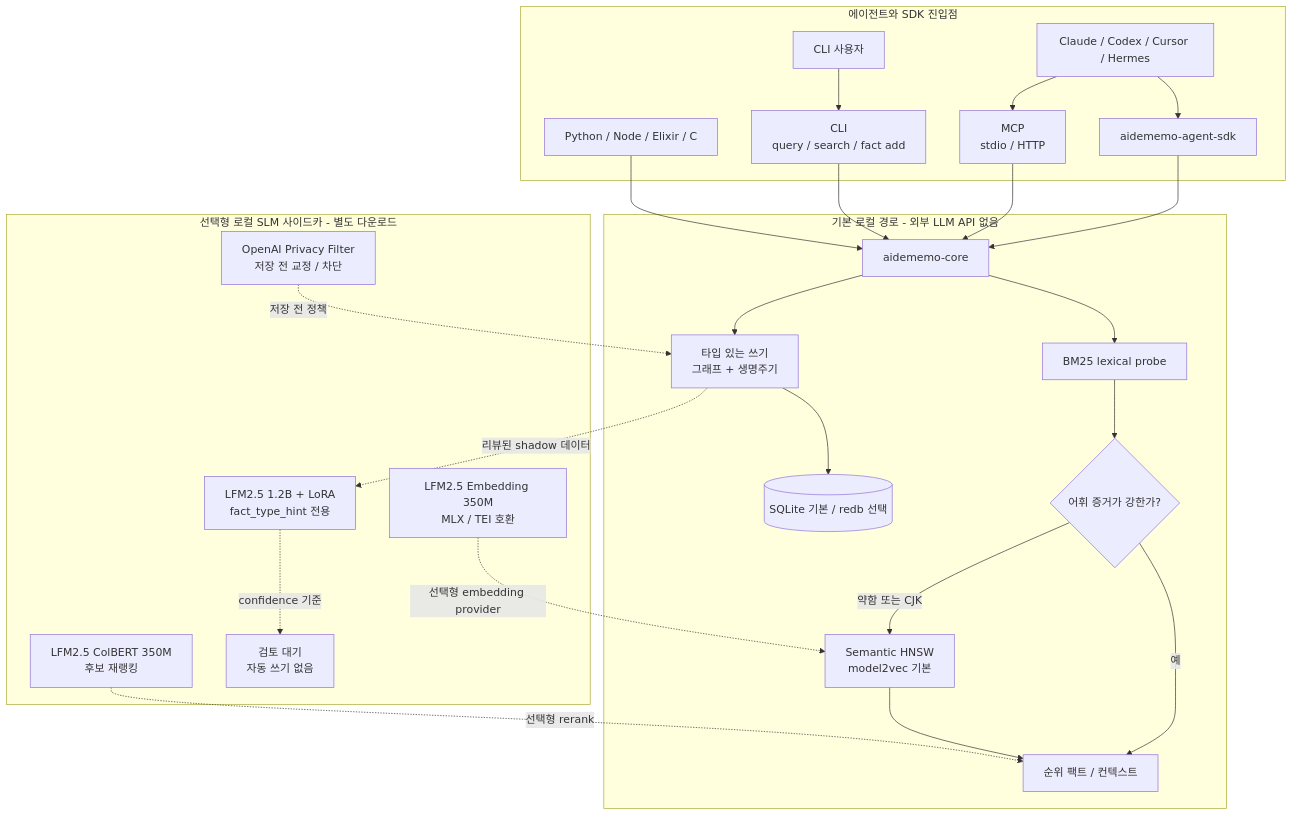
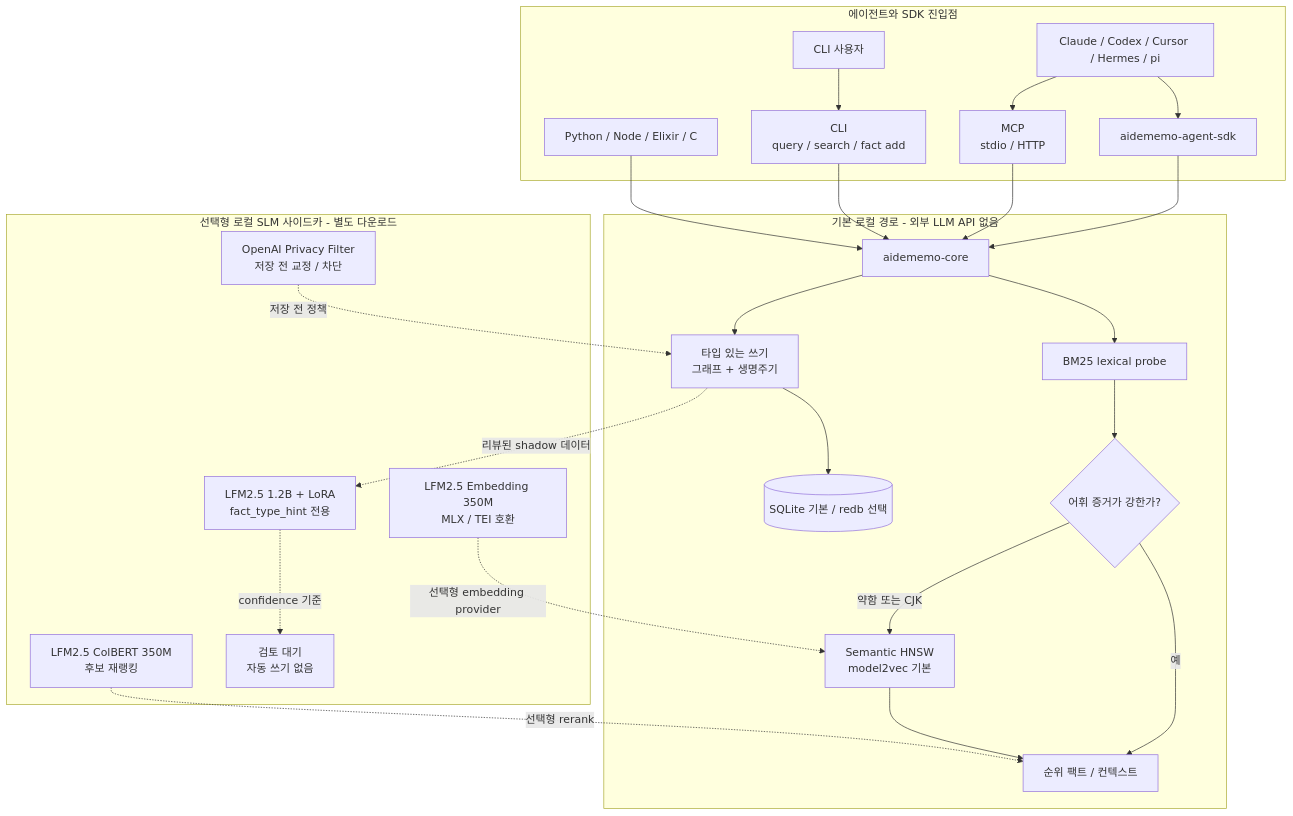
One commit to taeyun16/aidememo changed the diagram in README.ko.md. Above: the diagram before and after it, drawn with Mermaid. The commit also changed other lines of this file and 109 other files, not shown here.

````diff
--- a/README.ko.md
+++ b/README.ko.md
@@ -43,46 +44,46 @@
 ```mermaid
 flowchart TB
     subgraph access["에이전트와 SDK 진입점"]
-        agent["Claude / Codex / Cursor / Hermes"]
+        agent["Claude / Codex / Cursor / Hermes / pi"]
         human["CLI 사용자"]
         sdk["aidememo-agent-sdk"]
         mcp["MCP<br/>stdio / HTTP"]
         cli["CLI<br/>query / search / fact add"]
         bindings["Python / Node / Elixir / C"]
         agent --> sdk
         agent --> mcp
         human --> cli
     end
 
     subgraph default_path["기본 로컬 경로 - 외부 LLM API 없음"]
         core["aidememo-core"]
         write_path["타입 있는 쓰기<br/>그래프 + 생명주기"]
         store[("SQLite 기본 / redb 선택")]
         bm25["BM25 lexical probe"]
         auto_gate{"어휘 증거가 강한가?"}
         semantic["Semantic HNSW<br/>model2vec 기본"]
         ranked["순위 팩트 / 컨텍스트"]
         core --> write_path --> store
         core --> bm25 --> auto_gate
         auto_gate -->|예| ranked
         auto_gate -->|약함 또는 CJK| semantic --> ranked
     end
 
     subgraph optional_models["선택형 로컬 SLM 사이드카 - 별도 다운로드"]
         lfm_embed["LFM2.5 Embedding 350M<br/>MLX / TEI 호환"]
         lfm_rerank["LFM2.5 ColBERT 350M<br/>후보 재랭킹"]
         lfm_type["LFM2.5 1.2B + LoRA<br/>fact_type_hint 전용"]
         type_review["검토 대기<br/>자동 쓰기 없음"]
         privacy_model["OpenAI Privacy Filter<br/>저장 전 교정 / 차단"]
         lfm_type -. "confidence 기준" .-> type_review
     end
 
     sdk --> core
     mcp --> core
     cli --> core
     bindings --> core
     lfm_embed -. "선택형 embedding provider" .-> semantic
     lfm_rerank -. "선택형 rerank" .-> ranked
     write_path -. "리뷰된 shadow 데이터" .-> lfm_type
     privacy_model -. "저장 전 정책" .-> write_path
 ```
````
